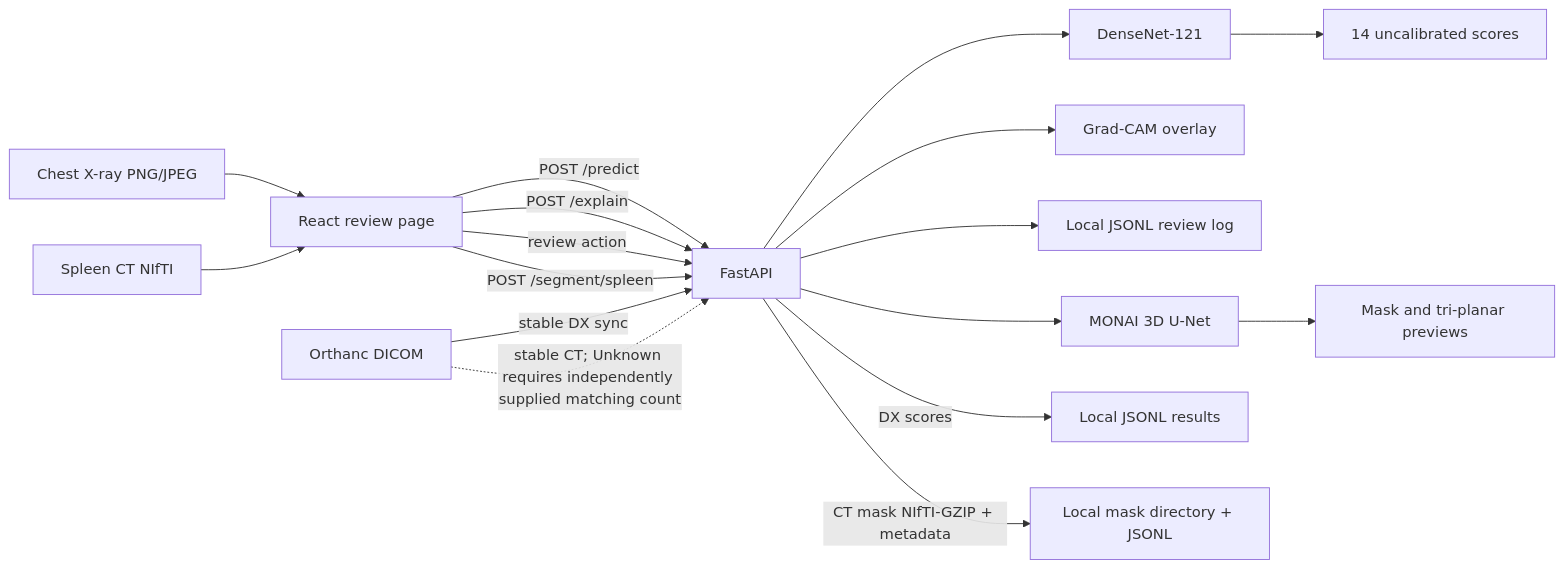
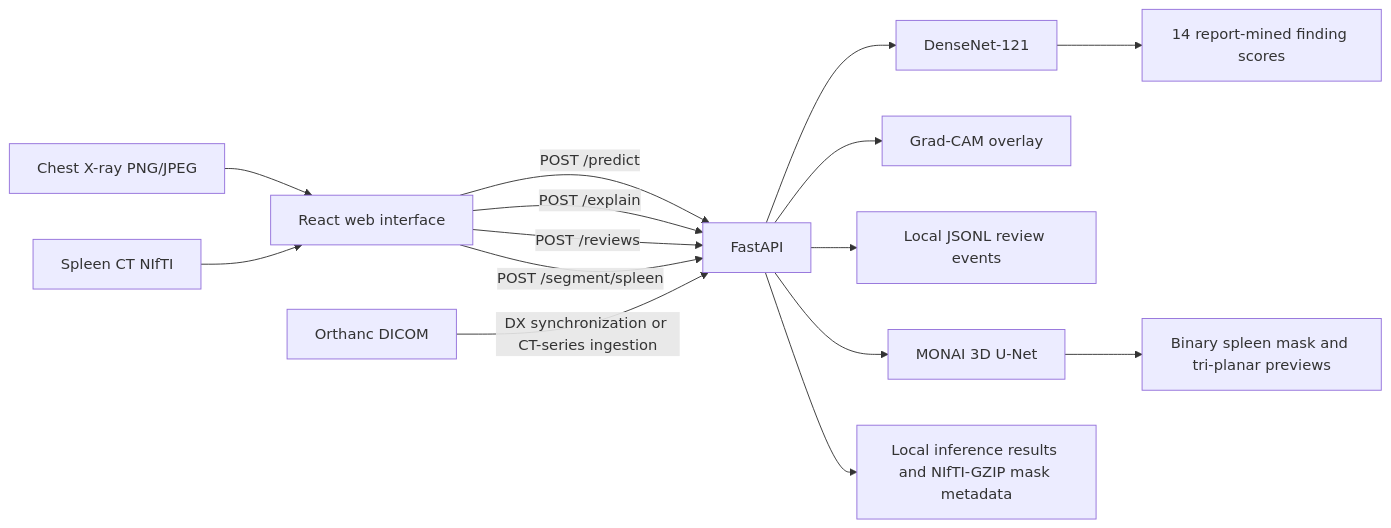
Before and after one commit to ram15x/nexvia-aiml-02-medical-imaging: the diagram in docs/architecture.md, drawn with Mermaid. The commit also changed other lines of this file and 19 other files, not shown here.

````diff
--- a/docs/architecture.md
+++ b/docs/architecture.md
@@ -7,19 +7,14 @@
 ```mermaid
 flowchart LR
-  X[Chest X-ray PNG/JPEG] --> UI[React review page]
-  UI -->|POST /predict| API[FastAPI]
-  API --> CX[DenseNet-121]
-  CX --> S[14 uncalibrated scores]
-  UI -->|POST /explain| API
-  API --> G[Grad-CAM overlay]
-  UI -->|review action| API
-  API --> J[Local JSONL review log]
-  N[Spleen CT NIfTI] --> UI
-  UI -->|POST /segment/spleen| API
-  API --> SU[MONAI 3D U-Net]
-  SU --> M[Mask and tri-planar previews]
-  O[Orthanc DICOM] -->|stable DX sync| API
-  API -->|DX scores| R[Local JSONL results]
-  O -. stable CT; Unknown requires independently supplied matching count .-> API
-  API -->|CT mask NIfTI-GZIP + metadata| SR[Local mask directory + JSONL]
+  X[Chest X-ray PNG/JPEG] --> W[React web interface]
+  W -->|POST /predict| A[FastAPI]
+  A --> C[DenseNet-121]
+  C --> S[14 report-mined finding scores]
+  W -->|POST /explain| A --> G[Grad-CAM overlay]
+  W -->|POST /reviews| A --> R[Local JSONL review events]
+  N[Spleen CT NIfTI] --> W -->|POST /segment/spleen| A
+  A --> U[MONAI 3D U-Net]
+  U --> M[Binary spleen mask and tri-planar previews]
+  O[Orthanc DICOM] -->|DX synchronization or CT-series ingestion| A
+  A --> D[Local inference results and NIfTI-GZIP mask metadata]
 ```
````
